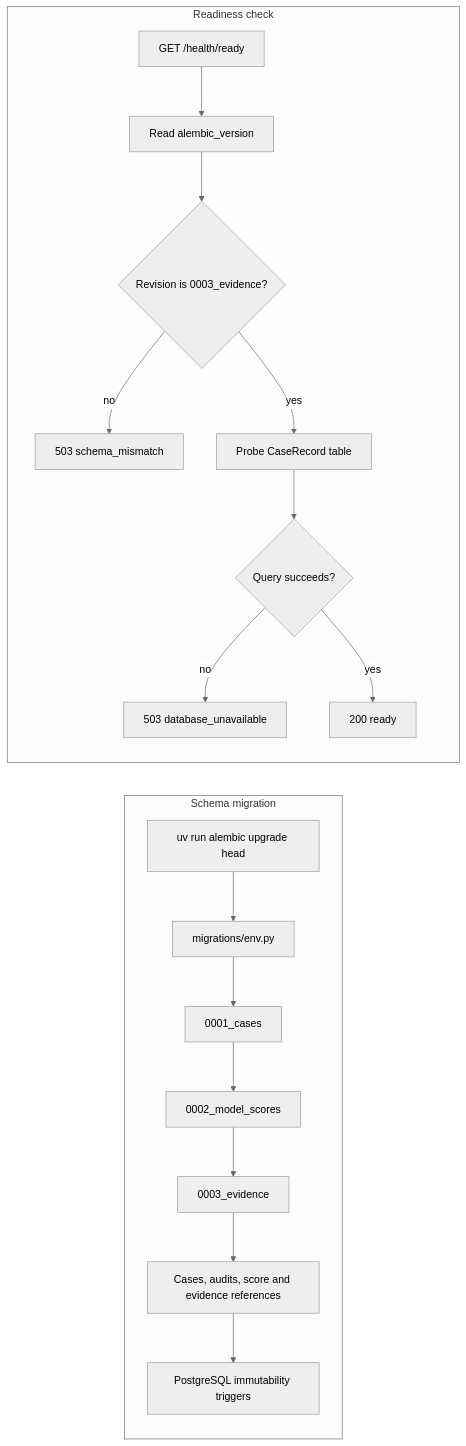
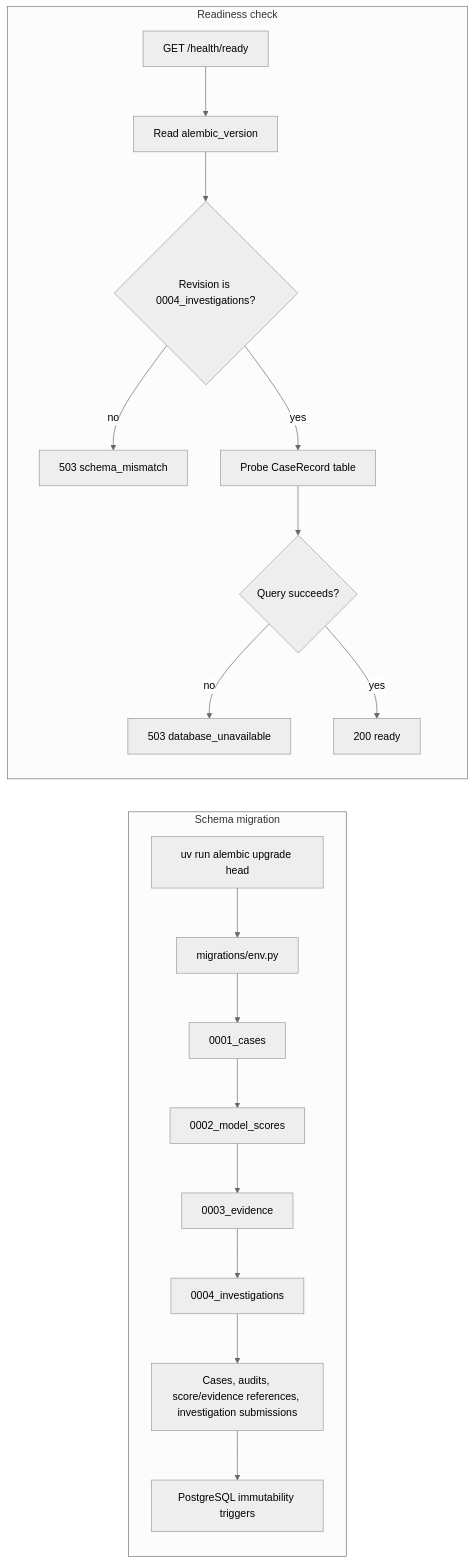
One commit to sumanthreddy369/agentic-fraud-investigation-platform changed the ninth of 10 diagrams in README.md. Above: the diagram before and after it, drawn with Mermaid (neutral theme). The commit also changed other lines of this file and 29 other files, not shown here.

Commit message:
Add investigation records and reproducible fraud baseline with EDA evidence

````diff
--- a/README.md
+++ b/README.md
@@ -348,20 +410,21 @@
 ```mermaid
 flowchart LR
     subgraph Migration["Schema migration"]
         Command["uv run alembic upgrade head"] --> Env["migrations/env.py"]
         Env --> First["0001_cases"]
         First --> Second["0002_model_scores"]
         Second --> Third["0003_evidence"]
-        Third --> Schema["Cases, audits, score and evidence references"]
+        Third --> Fourth["0004_investigations"]
+        Fourth --> Schema["Cases, audits, score/evidence references, investigation submissions"]
         Schema --> Triggers["PostgreSQL immutability triggers"]
     end
     subgraph Runtime["Readiness check"]
         Probe["GET /health/ready"] --> Revision["Read alembic_version"]
-        Revision --> Current{"Revision is 0003_evidence?"}
+        Revision --> Current{"Revision is 0004_investigations?"}
         Current -->|no| NotReady["503 schema_mismatch"]
         Current -->|yes| Table["Probe CaseRecord table"]
         Table --> Available{"Query succeeds?"}
         Available -->|no| DatabaseError["503 database_unavailable"]
         Available -->|yes| Ready["200 ready"]
     end
 ```
````
